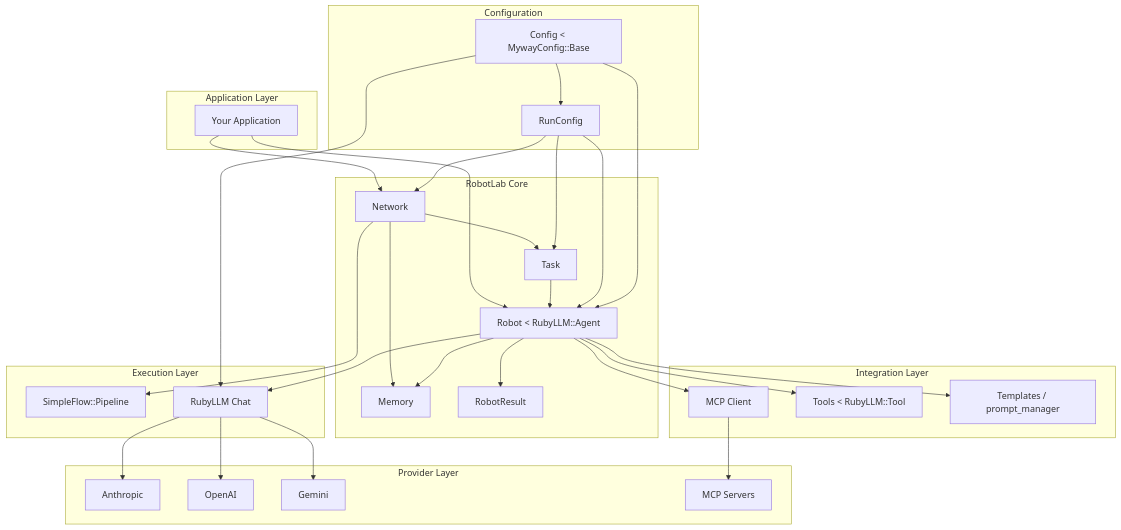
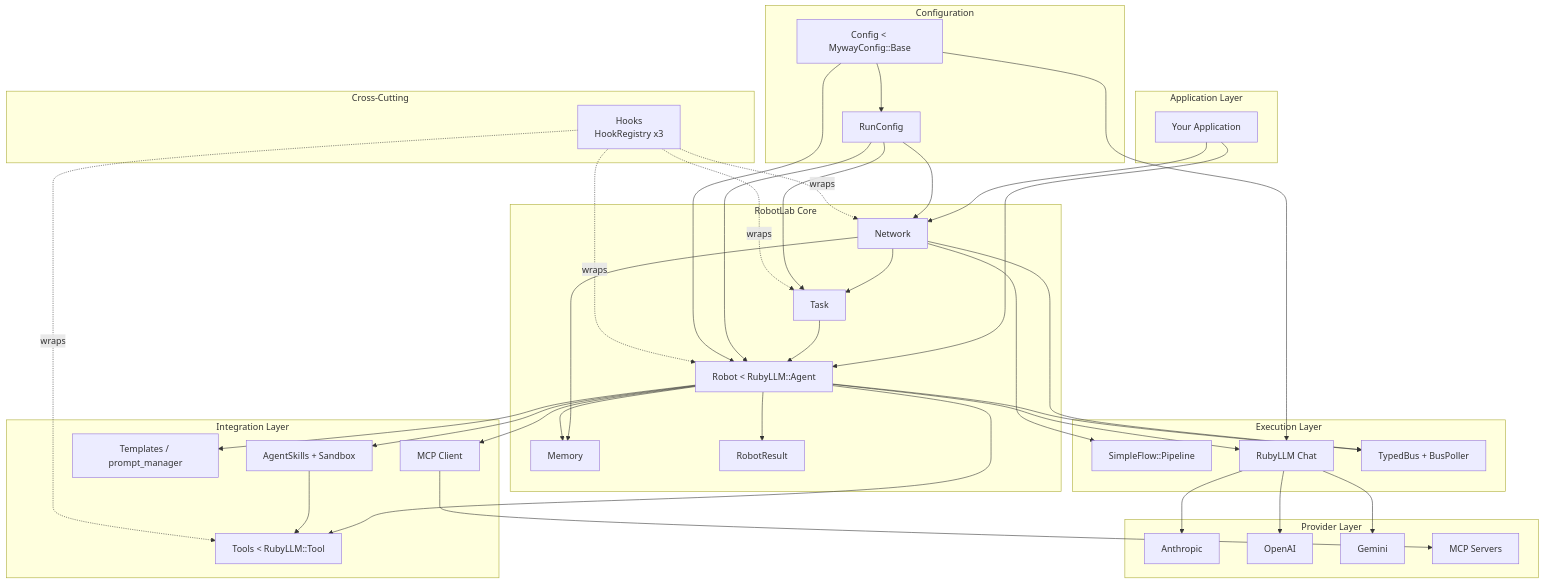
The first of 2 diagrams in docs/architecture/index.md (MadBomber/robot_lab), drawn with Mermaid before and after one commit. The commit also changed other lines of this file and 12 other files, not shown here.

````diff
--- a/docs/architecture/index.md
+++ b/docs/architecture/index.md
@@ -38,60 +38,74 @@
 ```mermaid
 graph TB
     subgraph "Application Layer"
         A[Your Application]
     end
 
     subgraph "RobotLab Core"
         B[Network]
         C[Task]
-        D[Robot < RubyLLM::Agent]
+        D[Robot &lt; RubyLLM::Agent]
         E[Memory]
         F[RobotResult]
     end
 
     subgraph "Configuration"
-        G[Config < MywayConfig::Base]
+        G[Config &lt; MywayConfig::Base]
         R[RunConfig]
+    end
+
+    subgraph "Cross-Cutting"
+        HK[Hooks<br/>HookRegistry x3]
     end
 
     subgraph "Integration Layer"
         H[MCP Client]
-        I[Tools < RubyLLM::Tool]
+        I[Tools &lt; RubyLLM::Tool]
         J[Templates / prompt_manager]
+        SK[AgentSkills + Sandbox]
     end
 
     subgraph "Execution Layer"
         K[SimpleFlow::Pipeline]
         L[RubyLLM Chat]
+        TB[TypedBus + BusPoller]
     end
 
     subgraph "Provider Layer"
         M[Anthropic]
         N[OpenAI]
         O[Gemini]
         P[MCP Servers]
     end
 
     A --> B
     A --> D
     B --> C
     C --> D
     B --> K
     B --> E
+    B --> TB
     D --> E
     D --> L
+    D --> TB
     D --> H
     D --> I
     D --> J
+    D --> SK
     D --> F
+    SK --> I
     G --> R
     R --> B
     R --> C
     R --> D
     G --> D
     G --> L
+    HK -.wraps.-> B
+    HK -.wraps.-> C
+    HK -.wraps.-> D
+    HK -.wraps.-> I
     L --> M
     L --> N
     L --> O
     H --> P
 ```
````
